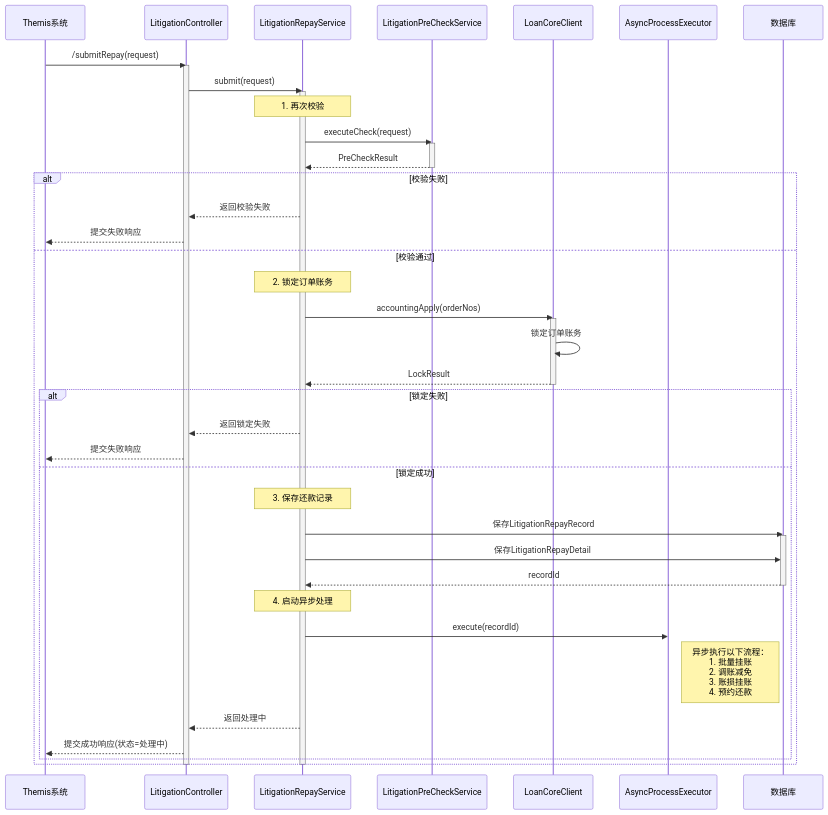
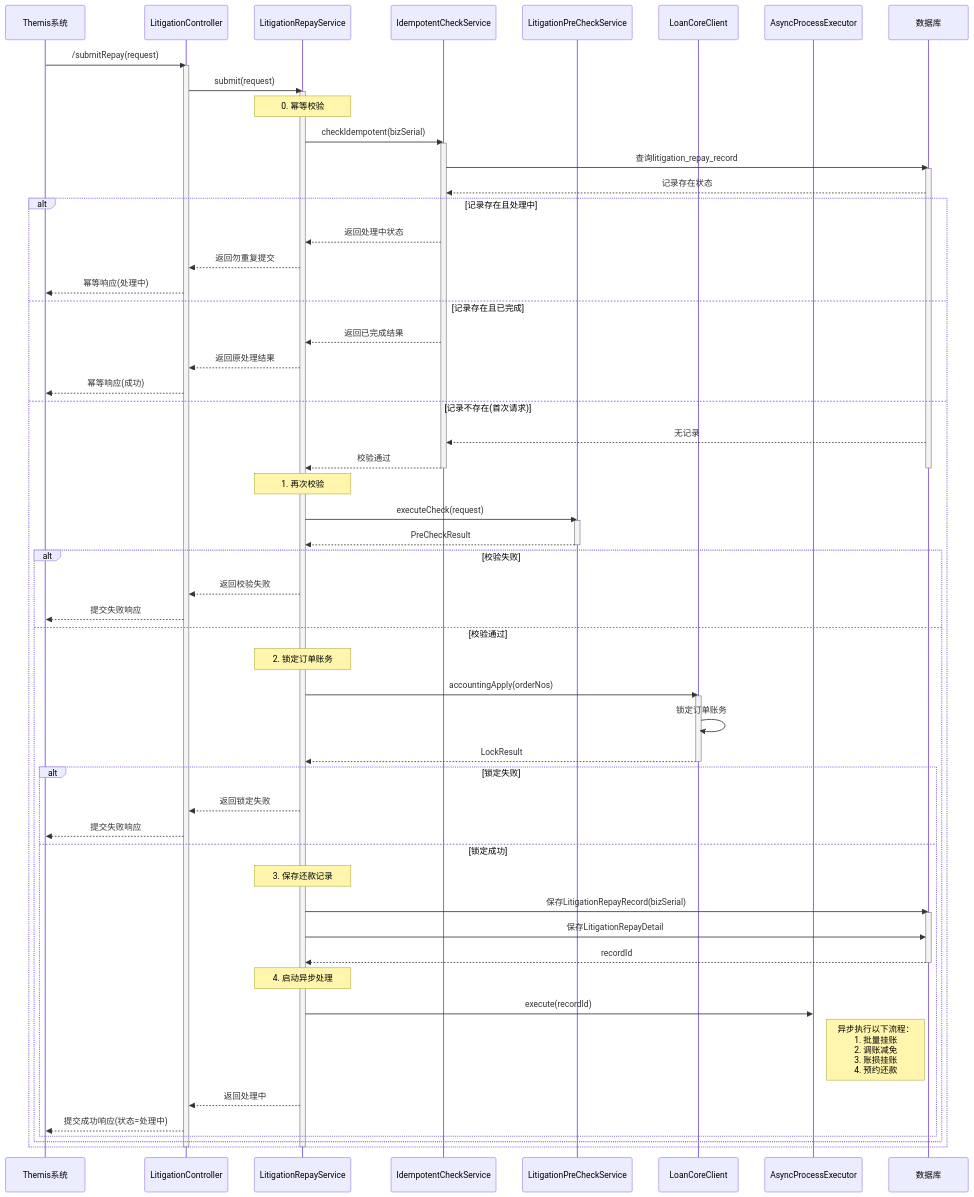
Before and after one commit to topson-cn/obsidian_note: the seventh of 13 diagrams in shuhe/workspace/accountingoperation/iteration/202502-法诉自动入账/详细设计-AO系统.md, drawn with Mermaid. The commit also changed other lines of this file and 246 other files, not shown here.

````diff
--- a/shuhe/workspace/accountingoperation/iteration/202502-法诉自动入账/详细设计-AO系统.md
+++ b/shuhe/workspace/accountingoperation/iteration/202502-法诉自动入账/详细设计-AO系统.md
@@ -715,57 +1376,80 @@
 ```mermaid
 sequenceDiagram
     participant T as Themis系统
     participant C as LitigationController
     participant S as LitigationRepayService
+    participant ID as IdempotentCheckService
     participant PS as LitigationPreCheckService
     participant LC as LoanCoreClient
     participant AE as AsyncProcessExecutor
     participant DB as 数据库
 
     T->>C: /submitRepay(request)
     activate C
 
     C->>S: submit(request)
     activate S
 
-    Note over S: 1. 再次校验
-    S->>PS: executeCheck(request)
-    activate PS
-    PS-->>S: PreCheckResult
-    deactivate PS
+    Note over S: 0. 幂等校验
+    S->>ID: checkIdempotent(bizSerial)
+    activate ID
+    ID->>DB: 查询litigation_repay_record
+    activate DB
+    DB-->>ID: 记录存在状态
 
-    alt 校验失败
-        S-->>C: 返回校验失败
-        C-->>T: 提交失败响应
-    else 校验通过
-        Note over S: 2. 锁定订单账务
-        S->>LC: accountingApply(orderNos)
-        activate LC
-        LC->>LC: 锁定订单账务
-        LC-->>S: LockResult
-        deactivate LC
+    alt 记录存在且处理中
+        ID-->>S: 返回处理中状态
+        S-->>C: 返回勿重复提交
+        C-->>T: 幂等响应(处理中)
+    else 记录存在且已完成
+        ID-->>S: 返回已完成结果
+        S-->>C: 返回原处理结果
+        C-->>T: 幂等响应(成功)
+    else 记录不存在(首次请求)
+        DB-->>ID: 无记录
+        ID-->>S: 校验通过
+        deactivate DB
+        deactivate ID
 
-        alt 锁定失败
-            S-->>C: 返回锁定失败
+        Note over S: 1. 再次校验
+        S->>PS: executeCheck(request)
+        activate PS
+        PS-->>S: PreCheckResult
+        deactivate PS
+
+        alt 校验失败
+            S-->>C: 返回校验失败
             C-->>T: 提交失败响应
-        else 锁定成功
-            Note over S: 3. 保存还款记录
-            S->>DB: 保存LitigationRepayRecord
-            activate DB
-            S->>DB: 保存LitigationRepayDetail
-            DB-->>S: recordId
-            deactivate DB
+        else 校验通过
+            Note over S: 2. 锁定订单账务
+            S->>LC: accountingApply(orderNos)
+            activate LC
+            LC->>LC: 锁定订单账务
+            LC-->>S: LockResult
+            deactivate LC
 
-            Note over S: 4. 启动异步处理
-            S->>AE: execute(recordId)
-            activate AE
-            Note right of AE: 异步执行以下流程：<br/>1. 批量挂账<br/>2. 调账减免<br/>3. 账损挂账<br/>4. 预约还款
+            alt 锁定失败
+                S-->>C: 返回锁定失败
+                C-->>T: 提交失败响应
+            else 锁定成功
+                Note over S: 3. 保存还款记录
+                S->>DB: 保存LitigationRepayRecord(bizSerial)
+                activate DB
+                S->>DB: 保存LitigationRepayDetail
+                DB-->>S: recordId
+                deactivate DB
 
-            S-->>C: 返回处理中
-            C-->>T: 提交成功响应(状态=处理中)
+                Note over S: 4. 启动异步处理
+                S->>AE: execute(recordId)
+                activate AE
+                Note right of AE: 异步执行以下流程：<br/>1. 批量挂账<br/>2. 调账减免<br/>3. 账损挂账<br/>4. 预约还款
+
+                S-->>C: 返回处理中
+                C-->>T: 提交成功响应(状态=处理中)
+            end
         end
     end
 
     deactivate S
     deactivate C
 ```
````
